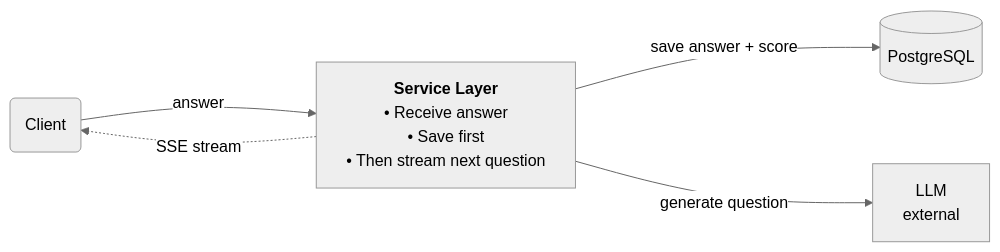
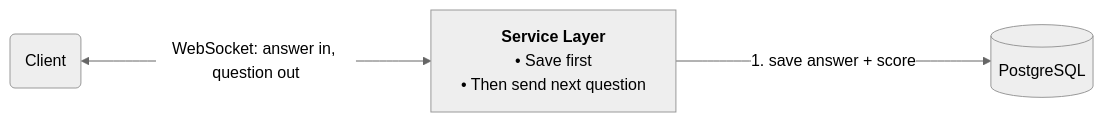
The third of 4 diagrams in SYSTEM_DESIGN.md (shivam-tamboli/GrillMyProject), drawn with Mermaid (neutral theme) before and after one commit. The commit also changed other lines of this file, not shown here.

Commit message:
restructure system design — simplify for mvp, one diagram, tech decisions with pros and cons

````diff
--- a/SYSTEM_DESIGN.md
+++ b/SYSTEM_DESIGN.md
@@ -603,13 +267,10 @@
 ```mermaid
 %%{init: {'flowchart': {'nodeSpacing': 80, 'rankSpacing': 150}}}%%
 flowchart LR
     Client(Client)
-    SVC["<b>Service Layer</b><br/>• Receive answer<br/>• Save first<br/>• Then stream next question"]
+    SVC["<b>Service Layer</b><br/>• Save first<br/>• Then send next question"]
     PG[(PostgreSQL)]
-    LLM["LLM<br/>external"]
 
-    Client -->|answer| SVC
-    SVC -->|save answer + score| PG
-    SVC -->|generate question| LLM
-    SVC -.->|SSE stream| Client
+    Client <-->|WebSocket: answer in, question out| SVC
+    SVC -->|1. save answer + score| PG
 ```
````
